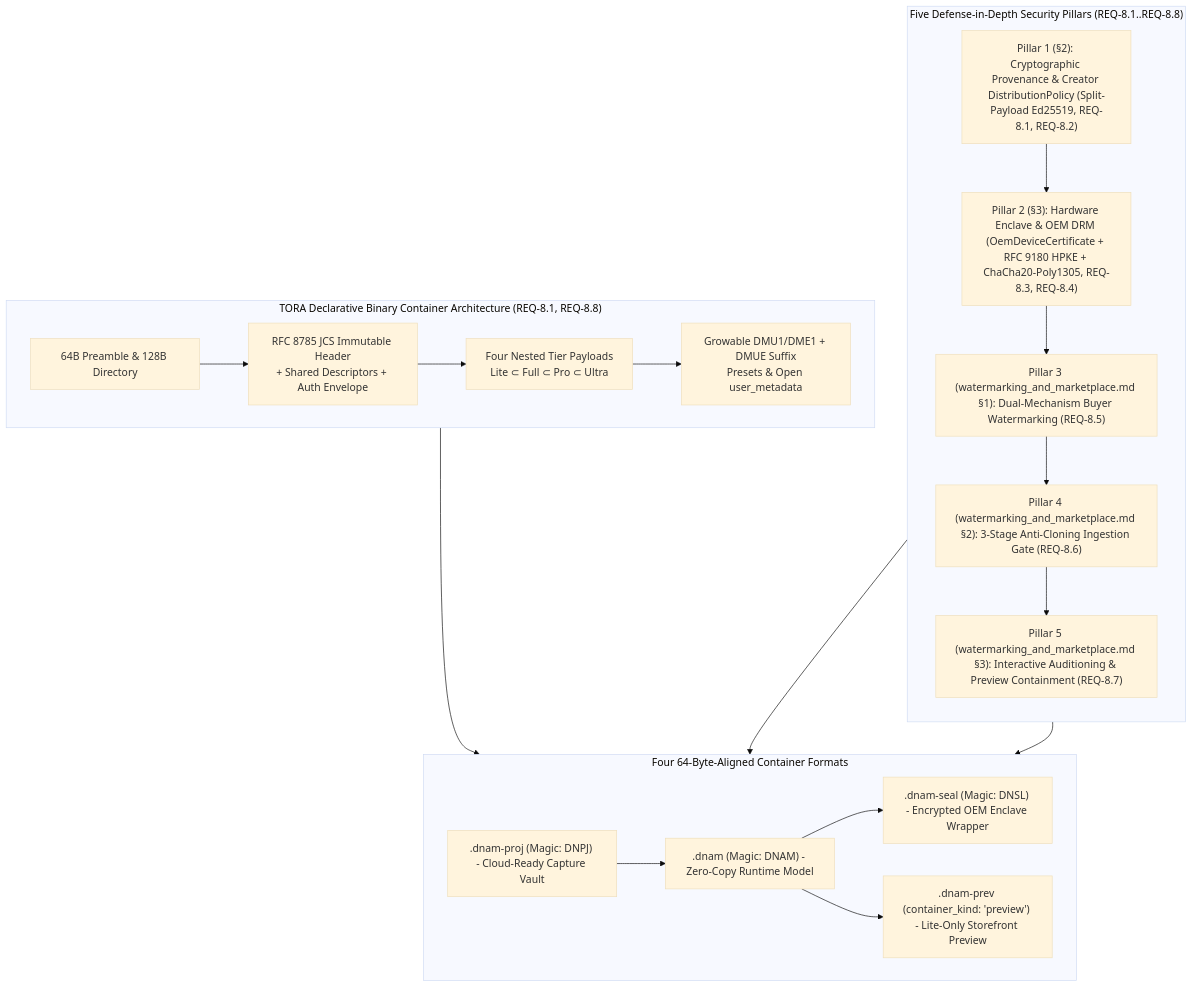
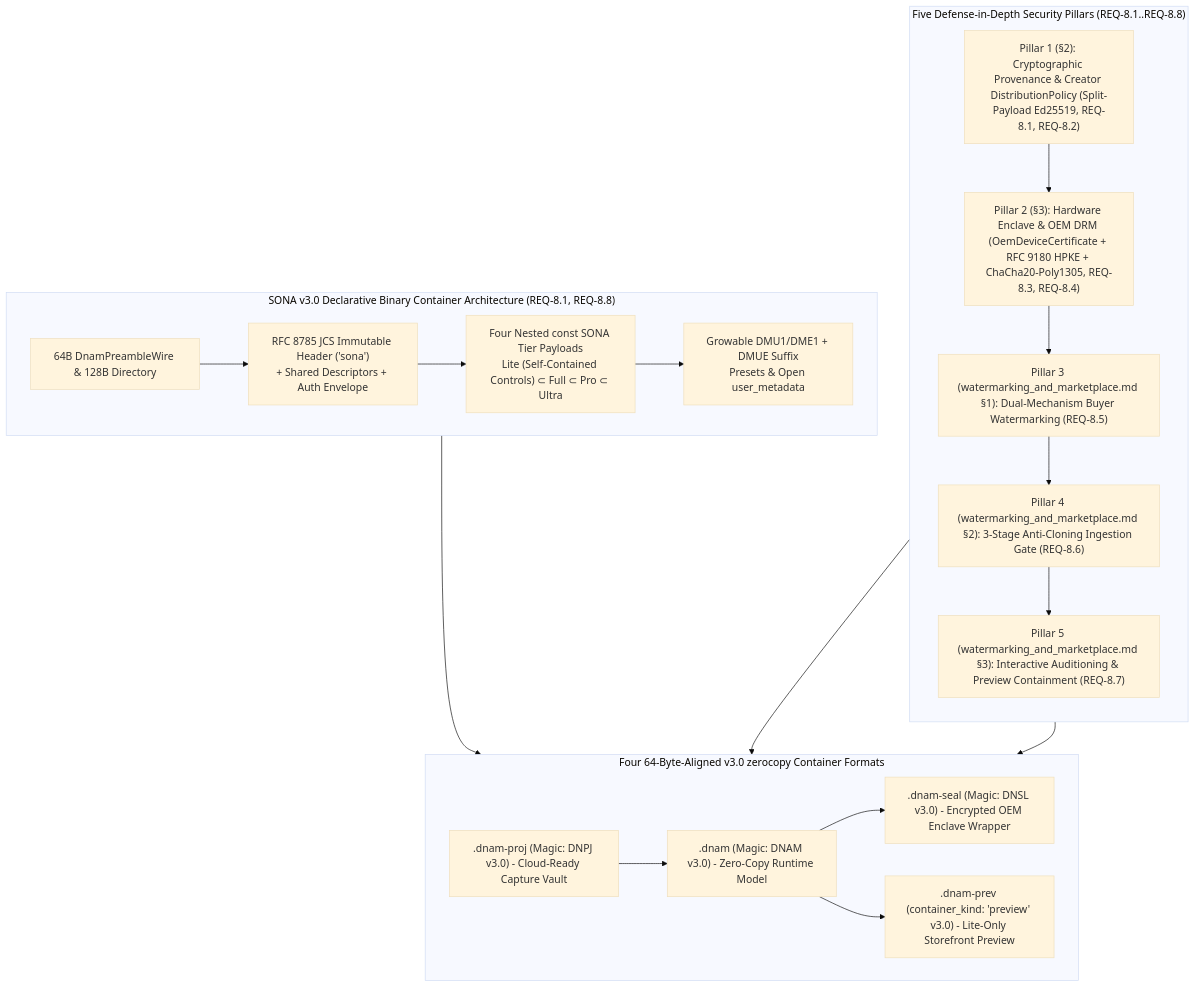
Before and after one commit to mokugen/dnam: the first of 2 diagrams in docs/specs/security/provenance_and_enclave_drm.md, drawn with Mermaid (base theme). The commit also changed other lines of this file and 99 other files, not shown here.

Commit message:
docs(specs): cut over canonical architecture and v3.0 specs to SONA + WebGPU

````diff
--- a/docs/specs/security/provenance_and_enclave_drm.md
+++ b/docs/specs/security/provenance_and_enclave_drm.md
@@ -34,32 +34,32 @@
 ```mermaid
 flowchart TB
-    subgraph Container ["TORA Declarative Binary Container Architecture (REQ-8.1, REQ-8.8)"]
+    subgraph Container ["SONA v3.0 Declarative Binary Container Architecture (REQ-8.1, REQ-8.8)"]
         direction LR
-        Preamble["64B Preamble & 128B Directory"] --> Header["RFC 8785 JCS Immutable Header<br/>+ Shared Descriptors + Auth Envelope"]
-        Header --> Arenas["Four Nested Tier Payloads<br/>Lite ⊂ Full ⊂ Pro ⊂ Ultra"]
+        Preamble["64B DnamPreambleWire & 128B Directory"] --> Header["RFC 8785 JCS Immutable Header ('sona')<br/>+ Shared Descriptors + Auth Envelope"]
+        Header --> Arenas["Four Nested const SONA Tier Payloads<br/>Lite (Self-Contained Controls) ⊂ Full ⊂ Pro ⊂ Ultra"]
         Arenas --> Mutable["Growable DMU1/DME1 + DMUE Suffix<br/>Presets & Open user_metadata"]
     end
 
-    subgraph Formats ["Four 64-Byte-Aligned Container Formats"]
+    subgraph Formats ["Four 64-Byte-Aligned v3.0 zerocopy Container Formats"]
         direction LR
-        F_PROJ[".dnam-proj (Magic: DNPJ) - Cloud-Ready Capture Vault"]
-        F_DNAM[".dnam (Magic: DNAM) - Zero-Copy Runtime Model"]
-        F_SEAL[".dnam-seal (Magic: DNSL) - Encrypted OEM Enclave Wrapper"]
-        F_PREV[".dnam-prev (container_kind: 'preview') - Lite-Only Storefront Preview"]
+        F_PROJ[".dnam-proj (Magic: DNPJ v3.0) - Cloud-Ready Capture Vault"]
+        F_DNAM[".dnam (Magic: DNAM v3.0) - Zero-Copy Runtime Model"]
+        F_SEAL[".dnam-seal (Magic: DNSL v3.0) - Encrypted OEM Enclave Wrapper"]
+        F_PREV[".dnam-prev (container_kind: 'preview' v3.0) - Lite-Only Storefront Preview"]
         F_PROJ --> F_DNAM --> F_SEAL
         F_DNAM --> F_PREV
     end
 
     subgraph Pillars ["Five Defense-in-Depth Security Pillars (REQ-8.1..REQ-8.8)"]
         direction TB
         P1["Pillar 1 (§2): Cryptographic Provenance & Creator DistributionPolicy (Split-Payload Ed25519, REQ-8.1, REQ-8.2)"]
         P2["Pillar 2 (§3): Hardware Enclave & OEM DRM (OemDeviceCertificate + RFC 9180 HPKE + ChaCha20-Poly1305, REQ-8.3, REQ-8.4)"]
         P3["Pillar 3 (watermarking_and_marketplace.md §1): Dual-Mechanism Buyer Watermarking (REQ-8.5)"]
         P4["Pillar 4 (watermarking_and_marketplace.md §2): 3-Stage Anti-Cloning Ingestion Gate (REQ-8.6)"]
         P5["Pillar 5 (watermarking_and_marketplace.md §3): Interactive Auditioning & Preview Containment (REQ-8.7)"]
         P1 --> P2 --> P3 --> P4 --> P5
     end
 
     Container --> Formats
     P1 & P2 --> Formats
 ```
````
